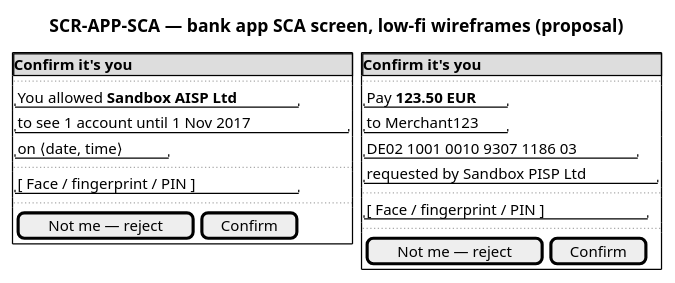
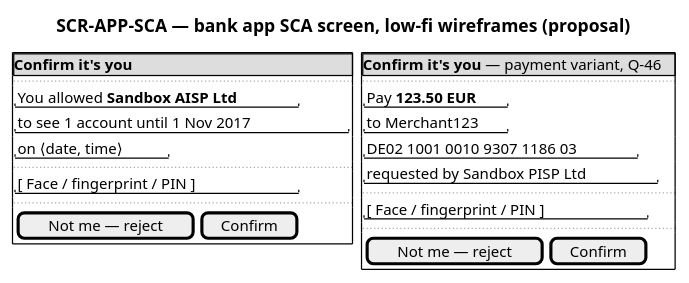
The diagram in docs/system/uml/ux/wf-app-sca.puml (vondacho/psd2-sandbox), drawn with PlantUML before and after one commit. The commit also changed 38 other files, not shown here.

```diff
--- a/docs/system/uml/ux/wf-app-sca.puml
+++ b/docs/system/uml/ux/wf-app-sca.puml
@@ -1,31 +1,32 @@
 @startsalt wf-app-sca
-' Low-fi wireframes — SCR-APP-SCA, the bank app's SCA screen, fed by RM-SCA-PROMPT (and
-' RM-PAYMENT-APPROVAL for a payment). PROPOSAL, AI, iteration 4 (SRC-ADR 7ed3eb1: the CIAM presents
-' this screen on an enrolled device; the PSU confirms identity and consent). The payment variant is
-' where amount and payee are shown — there is no browser approval page for payments (Q-46).
+' Low-fi wireframes — SCR-APP-SCA, the bank app's SCA screen, fed by RM-SCA-PROMPT.
+' PROPOSAL, AI. SRC-ADR: the CIAM asks the app to present this screen on the enrolled device,
+' where the PSU confirms his identity with the final authentication method.
+' The payment variant is drawn with the amount and payee ONLY as one candidate answer to Q-46 —
+' SRC-ADR names no surface for them, and the bank has not chosen one.
 title SCR-APP-SCA — bank app SCA screen, low-fi wireframes (proposal)
 {
   {+
     {* <b>Confirm it's you</b> }
     ..
     "You allowed <b>Sandbox AISP Ltd</b>"
     "to see 1 account until 1 Nov 2017"
     "on ⟨date, time⟩"
     ..
     "[ Face / fingerprint / PIN ]"
     ..
     { [ Not me — reject ] | [ Confirm ] }
   } | . | {+
-    {* <b>Confirm it's you</b> }
+    {* <b>Confirm it's you</b> — payment variant, Q-46 }
     ..
     "Pay <b>123.50 EUR</b>"
     "to Merchant123"
     "DE02 1001 0010 9307 1186 03"
     "requested by Sandbox PISP Ltd"
     ..
     "[ Face / fingerprint / PIN ]"
     ..
     { [ Not me — reject ] | [ Confirm ] }
   }
 }
 @endsalt
```
